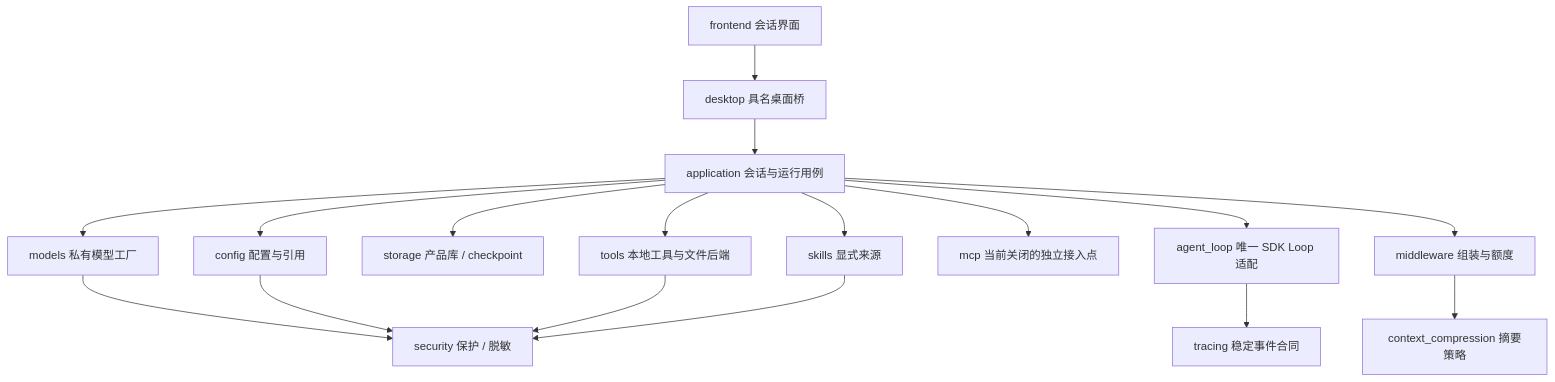
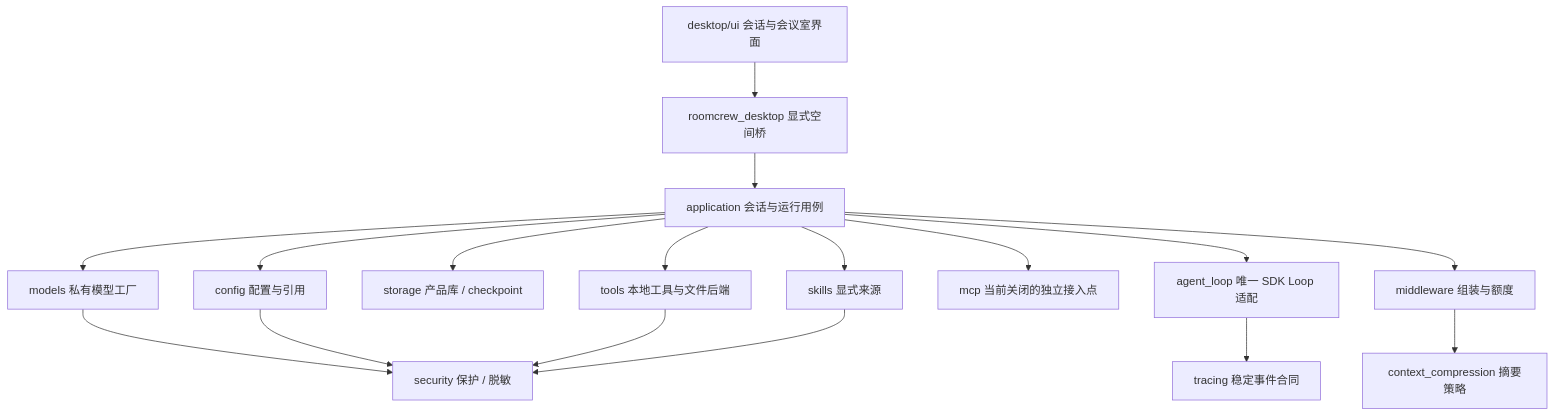
Before and after one commit to PrairieAwen/RoomCrew: the first of 3 diagrams in doc/architecture/0003-backend-layers.md, drawn with Mermaid. The commit also changed other lines of this file and 149 other files, not shown here.

````diff
--- a/doc/architecture/0003-backend-layers.md
+++ b/doc/architecture/0003-backend-layers.md
@@ -7,19 +9,19 @@
 ```mermaid
 flowchart TD
-    UI[frontend 会话界面] --> Desktop[desktop 具名桌面桥]
+    UI[desktop/ui 会话与会议室界面] --> Desktop[roomcrew_desktop 显式空间桥]
     Desktop --> App[application 会话与运行用例]
     App --> Config[config 配置与引用]
     App --> Models[models 私有模型工厂]
     App --> Storage[storage 产品库 / checkpoint]
     App --> Loop[agent_loop 唯一 SDK Loop 适配]
     App --> Tools[tools 本地工具与文件后端]
     App --> MCP[mcp 当前关闭的独立接入点]
     App --> Skills[skills 显式来源]
     App --> Stack[middleware 组装与额度]
     Stack --> Compression[context_compression 摘要策略]
     Loop --> Trace[tracing 稳定事件合同]
     Models --> Safety[security 保护 / 脱敏]
     Config --> Safety
     Tools --> Safety
     Skills --> Safety
 ```
````
